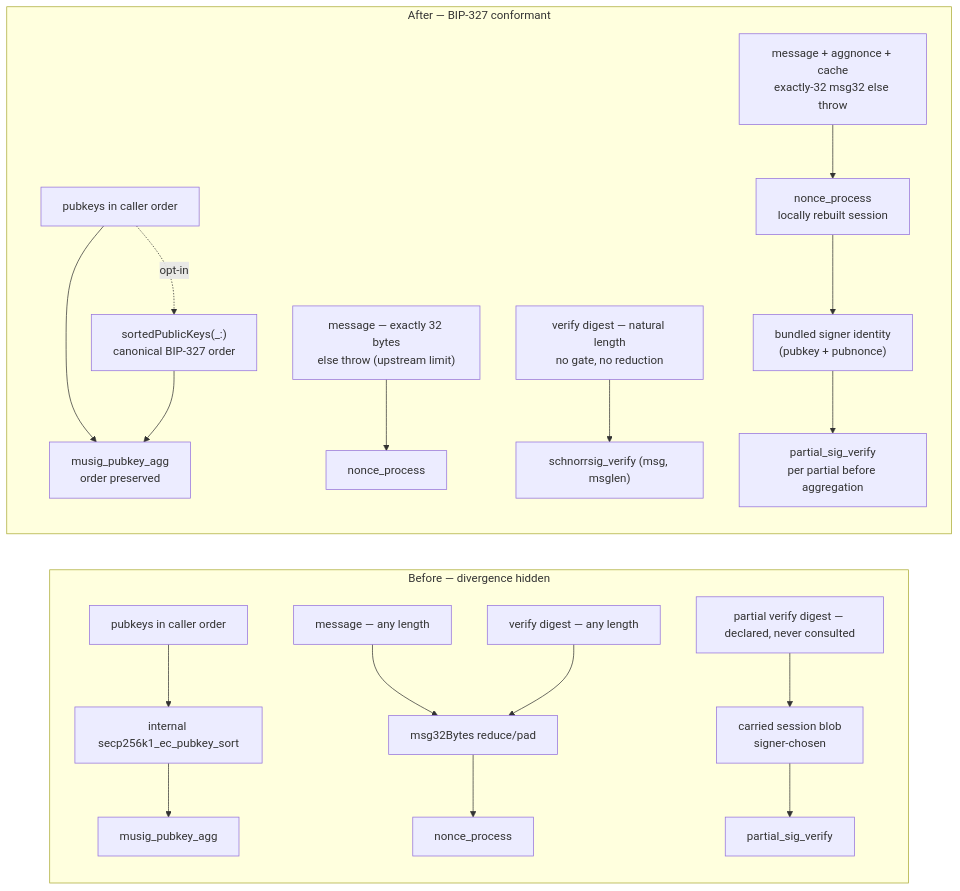
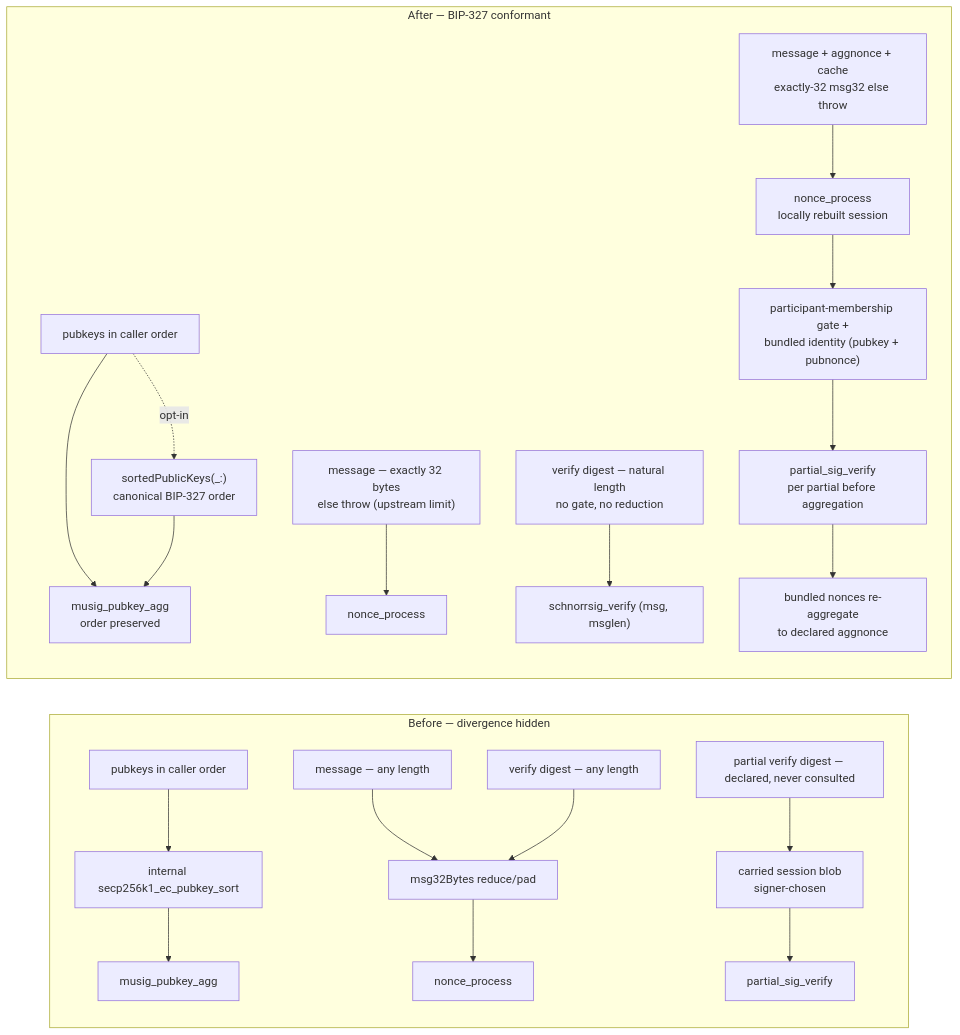
The seventh of 8 diagrams in Development/Specs/004-audit-hardening/plan.md (21-DOT-DEV/swift-secp256k1), drawn with Mermaid before and after one commit. The commit also changed other lines of this file and 15 other files, not shown here.

````diff
--- a/Development/Specs/004-audit-hardening/plan.md
+++ b/Development/Specs/004-audit-hardening/plan.md
@@ -708,16 +754,16 @@
 ```mermaid
 flowchart LR
     subgraph before["Before — divergence hidden"]
         keys["pubkeys in caller order"] --> sort["internal secp256k1_ec_pubkey_sort"] --> agg["musig_pubkey_agg"]
         msg["message — any length"] --> red["msg32Bytes reduce/pad"] --> proc["nonce_process"]
         dig["verify digest — any length"] --> red
         pdig["partial verify digest — declared, never consulted"] --> blob["carried session blob<br/>signer-chosen"] --> pver["partial_sig_verify"]
     end
     subgraph after["After — BIP-327 conformant"]
         keys2["pubkeys in caller order"] --> agg2["musig_pubkey_agg<br/>order preserved"]
         keys2 -.->|"opt-in"| helper["sortedPublicKeys(_:)<br/>canonical BIP-327 order"] --> agg2
         msg2["message — exactly 32 bytes<br/>else throw (upstream limit)"] --> proc2["nonce_process"]
         dig2["verify digest — natural length<br/>no gate, no reduction"] --> ver["schnorrsig_verify (msg, msglen)"]
-        pdig2["message + aggnonce + cache<br/>exactly-32 msg32 else throw"] --> proc3["nonce_process<br/>locally rebuilt session"] --> match["bundled signer identity<br/>(pubkey + pubnonce)"] --> pver2["partial_sig_verify<br/>per partial before aggregation"]
+        pdig2["message + aggnonce + cache<br/>exactly-32 msg32 else throw"] --> proc3["nonce_process<br/>locally rebuilt session"] --> match["participant-membership gate +<br/>bundled identity (pubkey + pubnonce)"] --> pver2["partial_sig_verify<br/>per partial before aggregation"] --> nagg["bundled nonces re-aggregate<br/>to declared aggnonce"]
     end
 ```
````
